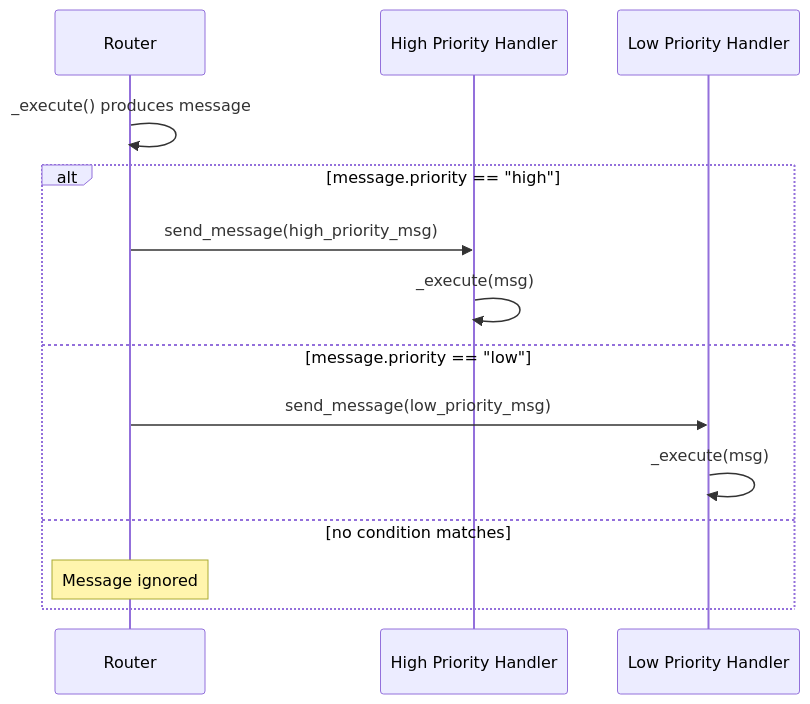
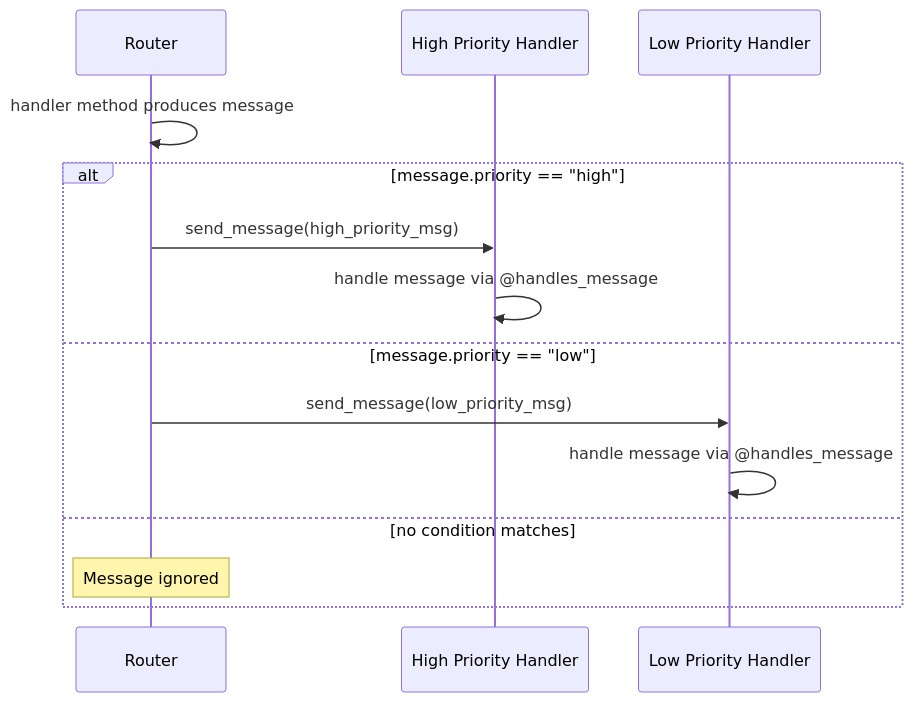
Before and after one commit to microsoft/agent-framework: the fifth of 5 diagrams in docs/design/workflows_updated.md, drawn with Mermaid. The commit also changed other lines of this file, not shown here.

````diff
--- a/docs/design/workflows_updated.md
+++ b/docs/design/workflows_updated.md
@@ -382,17 +513,17 @@
 ```mermaid
 sequenceDiagram
     participant Router
     participant HighHandler as High Priority Handler
     participant LowHandler as Low Priority Handler
     
-    Router->>Router: _execute() produces message
+    Router->>Router: handler method produces message
     alt message.priority == "high"
         Router->>HighHandler: send_message(high_priority_msg)
-        HighHandler->>HighHandler: _execute(msg)
+        HighHandler->>HighHandler: handle message via @handles_message
     else message.priority == "low"
         Router->>LowHandler: send_message(low_priority_msg)
-        LowHandler->>LowHandler: _execute(msg)
+        LowHandler->>LowHandler: handle message via @handles_message
     else no condition matches
         Note over Router: Message ignored
     end
 ```
````
